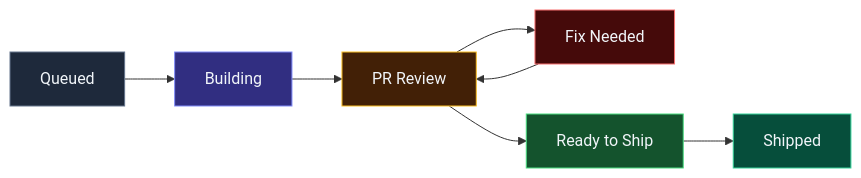
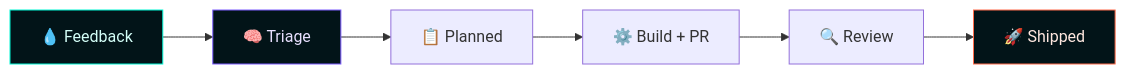
Before and after one commit to buildwithrenuka/vendo: the third of 4 diagrams in README.md, drawn with Mermaid. The commit also changed other lines of this file and 85 other files, not shown here.

````diff
--- a/README.md
+++ b/README.md
@@ -142,16 +195,12 @@
 ```mermaid
 flowchart LR
-    Q[Queued] --> B[Building]
-    B --> R[PR Review]
-    R --> F[Fix Needed]
-    F --> R
-    R --> A[Ready to Ship]
-    A --> S[Shipped]
+    F["💧 Feedback"] --> T["🧠 Triage"]
+    T --> P["📋 Planned"]
+    P --> B["⚙️ Build + PR"]
+    B --> R["🔍 Review"]
+    R --> S["🚀 Shipped"]
 
-    style Q fill:#1e293b,stroke:#64748b,color:#f1f5f9
-    style B fill:#312e81,stroke:#818cf8,color:#f1f5f9
-    style R fill:#422006,stroke:#fbbf24,color:#f1f5f9
-    style F fill:#450a0a,stroke:#f87171,color:#f1f5f9
-    style A fill:#14532d,stroke:#4ade80,color:#f1f5f9
-    style S fill:#064e3b,stroke:#34d399,color:#f1f5f9
+    style F fill:#021418,stroke:#00f5d4,color:#d4fff8
+    style T fill:#021418,stroke:#7c5cff,color:#e8e0ff
+    style S fill:#021418,stroke:#ff6b4a,color:#ffe8e0
 ```
````
